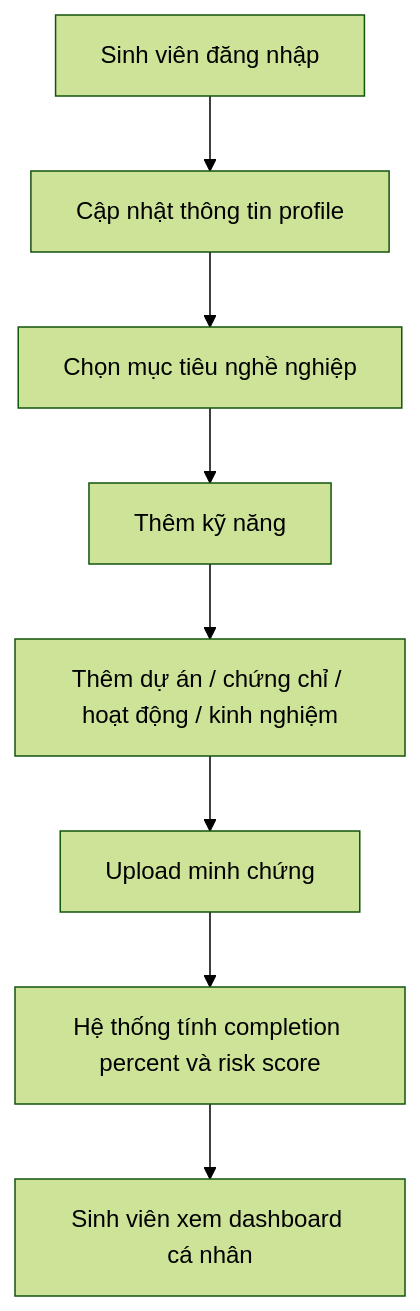
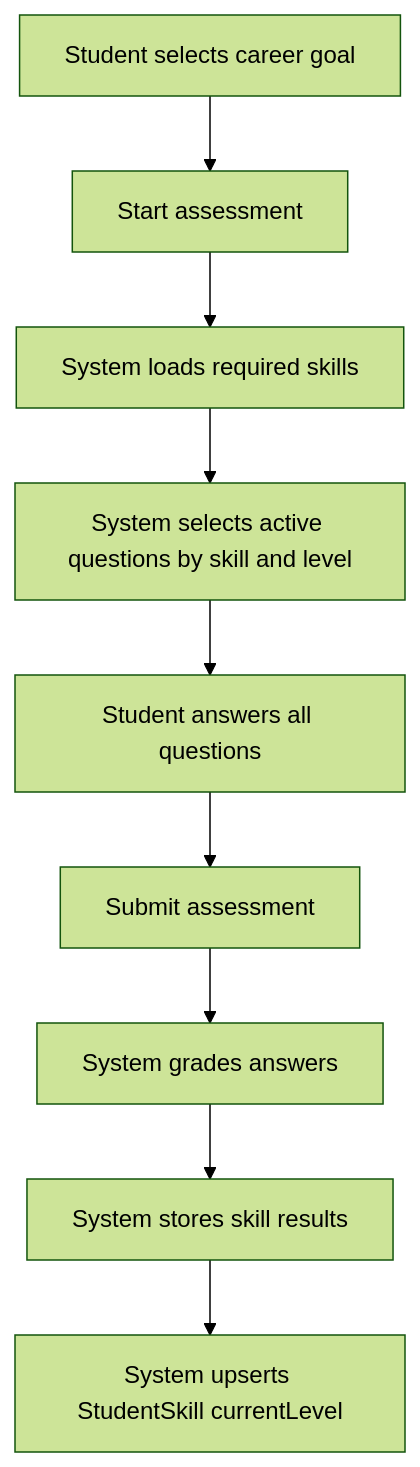
The fourth of 7 diagrams in docs/system-analysis-and-design.md (haiduong312/student-system), drawn with Mermaid (forest theme) before and after one commit. The commit also changed other lines of this file and 14 other files, not shown here.

````diff
--- a/docs/system-analysis-and-design.md
+++ b/docs/system-analysis-and-design.md
@@ -465,10 +231,11 @@
 ```mermaid
 flowchart TD
-    A["Sinh viên đăng nhập"] --> B["Cập nhật thông tin profile"]
-    B --> C["Chọn mục tiêu nghề nghiệp"]
-    C --> D["Thêm kỹ năng"]
-    D --> E["Thêm dự án / chứng chỉ / hoạt động / kinh nghiệm"]
-    E --> F["Upload minh chứng"]
-    F --> G["Hệ thống tính completion percent và risk score"]
-    G --> H["Sinh viên xem dashboard cá nhân"]
+    A["Student selects career goal"] --> B["Start assessment"]
+    B --> C["System loads required skills"]
+    C --> D["System selects active questions by skill and level"]
+    D --> E["Student answers all questions"]
+    E --> F["Submit assessment"]
+    F --> G["System grades answers"]
+    G --> H["System stores skill results"]
+    H --> I["System upserts StudentSkill currentLevel"]
 ```
````
